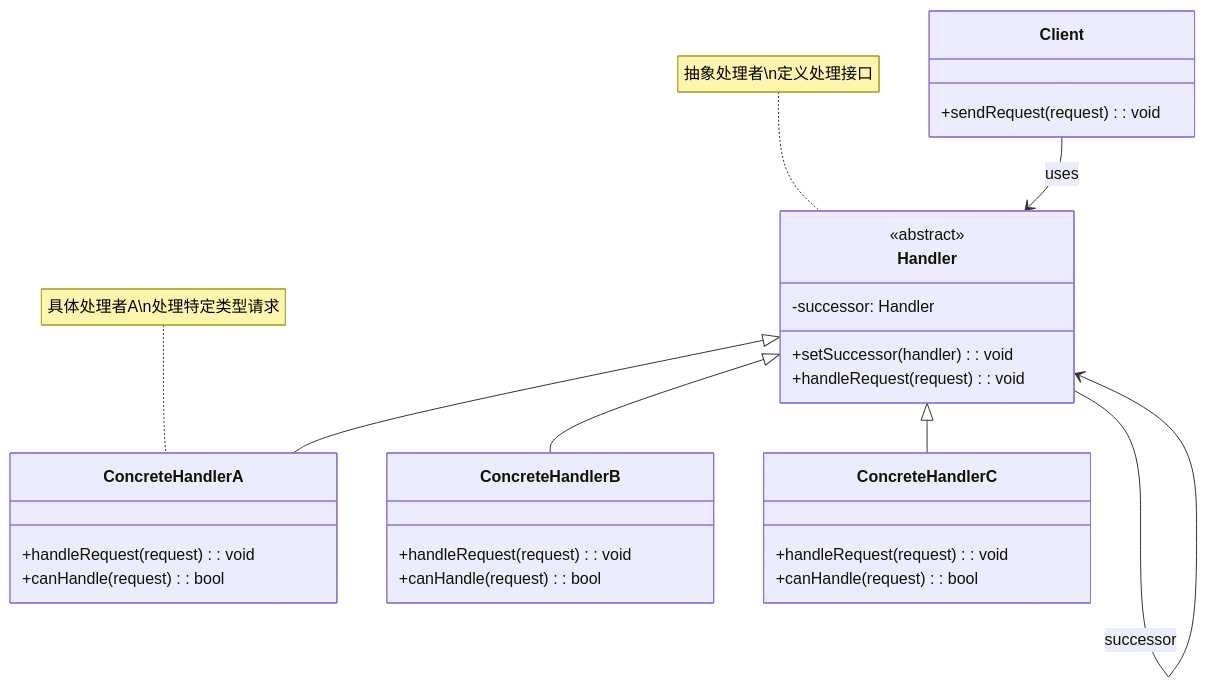
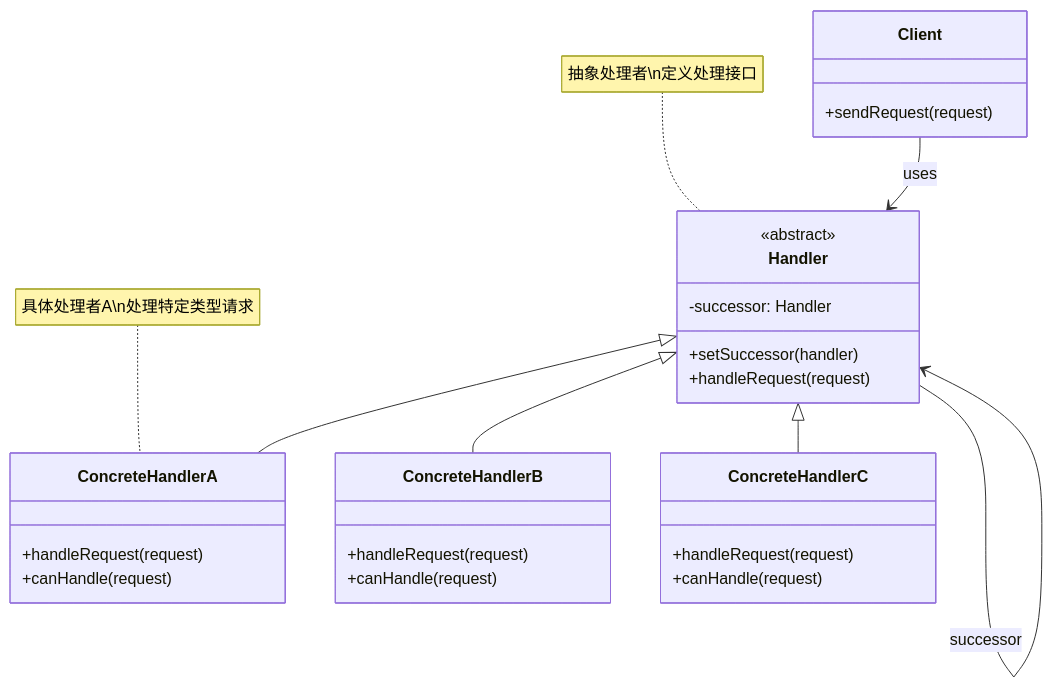
One commit to fanly/DesignPattern changed the first of 6 diagrams in resources/design-patterns/laravel/behavioral/chain_of_responsibility_zh.md. Above: the diagram before and after it, drawn with Mermaid. The commit also changed other lines of this file and 103 other files, not shown here.

````diff
--- a/resources/design-patterns/laravel/behavioral/chain_of_responsibility_zh.md
+++ b/resources/design-patterns/laravel/behavioral/chain_of_responsibility_zh.md
@@ -10,37 +10,37 @@
 ```mermaid
 classDiagram
     class Handler {
         <<abstract>>
         -successor: Handler
-        +setSuccessor(handler): void
-        +handleRequest(request): void
+        +setSuccessor(handler)
+        +handleRequest(request)
     }
     
     class ConcreteHandlerA {
-        +handleRequest(request): void
-        +canHandle(request): bool
+        +handleRequest(request)
+        +canHandle(request)
     }
     
     class ConcreteHandlerB {
-        +handleRequest(request): void
-        +canHandle(request): bool
+        +handleRequest(request)
+        +canHandle(request)
     }
     
     class ConcreteHandlerC {
-        +handleRequest(request): void
-        +canHandle(request): bool
+        +handleRequest(request)
+        +canHandle(request)
     }
     
     class Client {
-        +sendRequest(request): void
+        +sendRequest(request)
     }
     
     Handler <|-- ConcreteHandlerA
     Handler <|-- ConcreteHandlerB
     Handler <|-- ConcreteHandlerC
     Handler --> Handler : successor
     Client --> Handler : uses
     
     note for Handler "抽象处理者\n定义处理接口"
     note for ConcreteHandlerA "具体处理者A\n处理特定类型请求"
 ```
````
